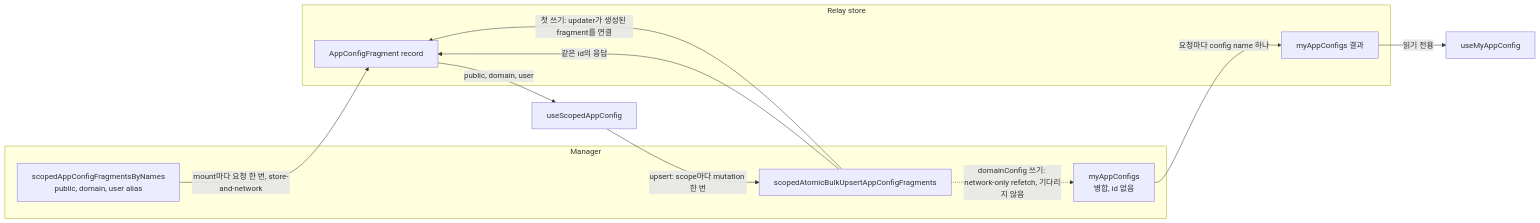
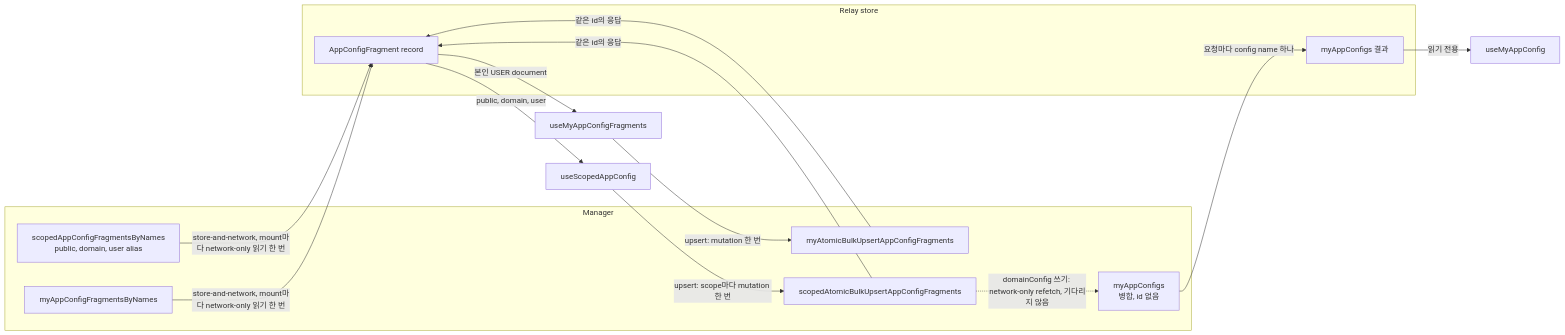
The first of 2 diagrams in docs/adr/0033-scoped-and-merged-app-config-hooks.ko.md (lablup/backend.ai-webui), drawn with Mermaid before and after one commit. The commit also changed other lines of this file and 17 other files, not shown here.

First line of the commit message:
refactor(#11146): pass scope objects and read the own userConfig through my*

````diff
--- a/docs/adr/0033-scoped-and-merged-app-config-hooks.ko.md
+++ b/docs/adr/0033-scoped-and-merged-app-config-hooks.ko.md
@@ -22,20 +23,25 @@
 ```mermaid
 flowchart LR
   subgraph manager["Manager"]
     raw["scopedAppConfigFragmentsByNames<br/>public, domain, user alias"]
+    mine["myAppConfigFragmentsByNames"]
     merged["myAppConfigs<br/>병합, id 없음"]
     upsert["scopedAtomicBulkUpsertAppConfigFragments"]
+    myUpsert["myAtomicBulkUpsertAppConfigFragments"]
   end
   subgraph store["Relay store"]
     rawRec["AppConfigFragment record"]
     mergedRec["myAppConfigs 결과"]
   end
-  raw -- "mount마다 요청 한 번, store-and-network" --> rawRec
+  raw -- "store-and-network, mount마다 network-only 읽기 한 번" --> rawRec
+  mine -- "store-and-network, mount마다 network-only 읽기 한 번" --> rawRec
   rawRec -- "public, domain, user" --> scoped["useScopedAppConfig"]
+  rawRec -- "본인 USER document" --> own["useMyAppConfigFragments"]
   scoped -- "upsert: scope마다 mutation 한 번" --> upsert
+  own -- "upsert: mutation 한 번" --> myUpsert
   upsert -- "같은 id의 응답" --> rawRec
-  upsert -- "첫 쓰기: updater가 생성된 fragment를 연결" --> rawRec
+  myUpsert -- "같은 id의 응답" --> rawRec
   upsert -. "domainConfig 쓰기: network-only refetch, 기다리지 않음" .-> merged
   merged -- "요청마다 config name 하나" --> mergedRec
   mergedRec -- "읽기 전용" --> my["useMyAppConfig"]
 ```
````
